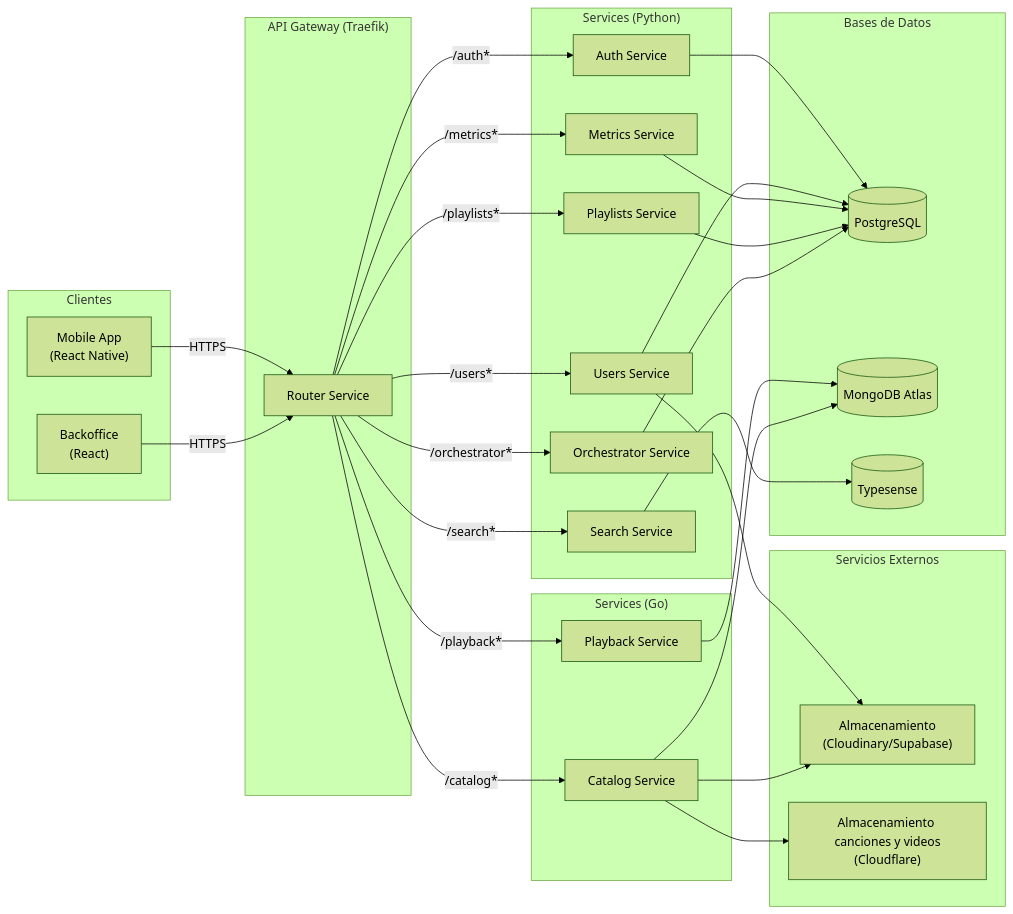
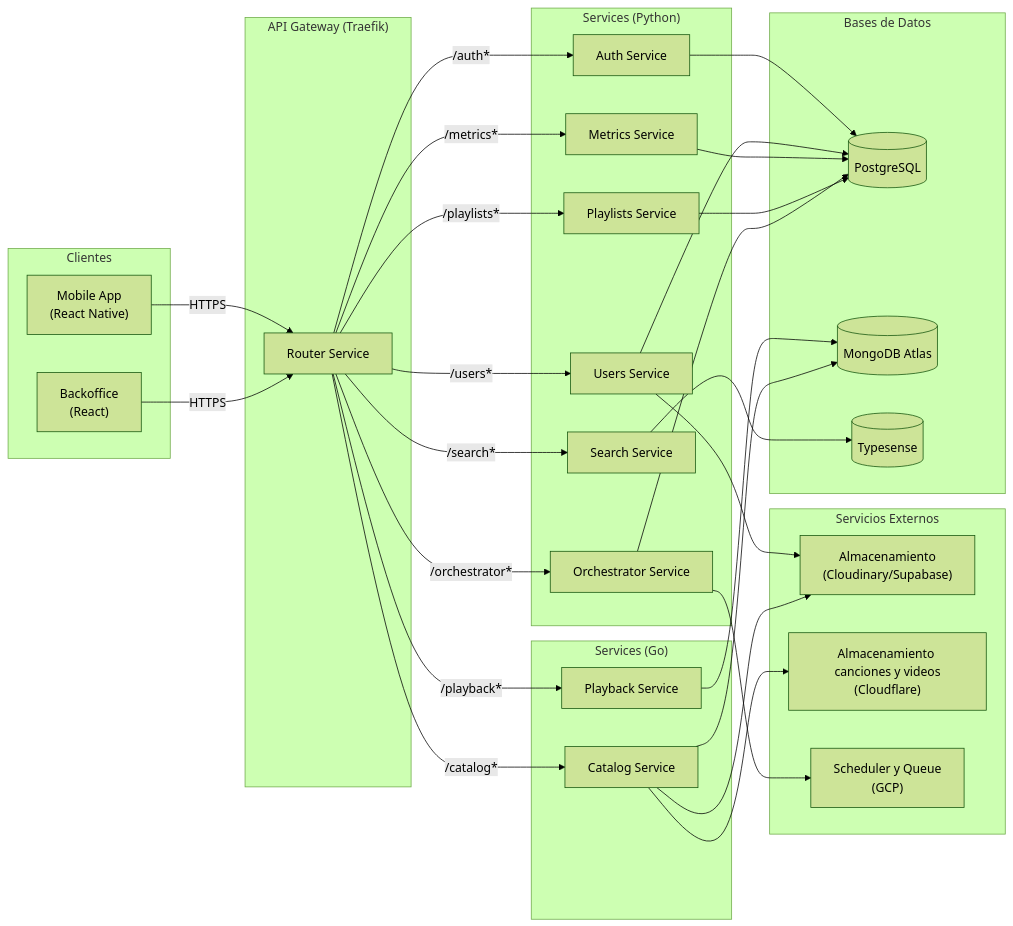
One commit to Melodia-ID2/melodia-docs changed the diagram in bitacoras/bitacora3.md. Above: the diagram before and after it, drawn with Mermaid (forest theme). The commit also changed 10 other files, not shown here.

````diff
--- a/bitacoras/bitacora3.md
+++ b/bitacoras/bitacora3.md
@@ -60,72 +60,74 @@
 ```mermaid
 flowchart LR
     %% Clients
     subgraph Clients["Clientes"]
         Mobile["Mobile App<br/>(React Native)"]
         WebUI["Backoffice<br/>(React)"]
     end
 
     %% API Gateway
     subgraph Gateway["API Gateway (Traefik)"]
         Traefik["Router Service"]
     end
 
     %% Services grouped
     subgraph PythonServices["Services (Python)"]
         Auth["Auth Service"]
         Users["Users Service"]
         Metrics["Metrics Service"]
         Search["Search Service"]
         Playlists["Playlists Service"]
         Orchestrator["Orchestrator Service"]
     end
 
     subgraph GoServices["Services (Go)"]
         Catalog["Catalog Service"]
         Playback["Playback Service"]
     end
 
     %% Databases
     subgraph Databases["Bases de Datos"]
         Postgres[(PostgreSQL)] 
         Mongo[(MongoDB Atlas)]
         Typesense[(Typesense)]
     end
 
     %% External Services
     subgraph External["Servicios Externos"]
         Storage["Almacenamiento<br/>(Cloudinary/Supabase)"]
         Clouflare["Almacenamiento canciones y videos<br/>(Cloudflare)"]
+        Gcp["Scheduler y Queue<br/>(GCP)"]
     end
 
     %% Edges - Client to Gateway
     Mobile -->|HTTPS| Traefik
     WebUI -->|HTTPS| Traefik
 
     %% Edges - Gateway to Services
     Traefik -->|/auth*| Auth
     Traefik -->|/users*| Users
     Traefik -->|/metrics*| Metrics
     Traefik -->|/catalog*| Catalog
     Traefik -->|/playback*| Playback
     Traefik -->|/search*| Search
     Traefik -->|/playlists*| Playlists
     Traefik -->|/orchestrator*| Orchestrator
 
     %% Service to Database connections
     Auth --> Postgres
     Users --> Postgres
     Metrics --> Postgres
     Playlists --> Postgres
     Orchestrator --> Postgres
     
     Playback --> Mongo
     Catalog --> Mongo
     
     Search --> Typesense
 
     %% External service connections
     Users --> Storage
     Catalog --> Storage
     Catalog --> Clouflare
+    Orchestrator --> Gcp
 ```
````
